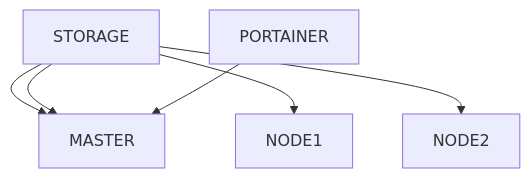
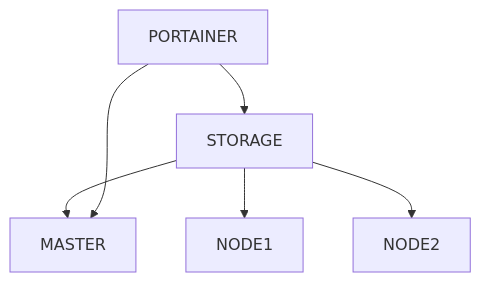
Before and after one commit to rafaeltadeu01/swarm-station: the second of 2 diagrams in README.md, drawn with Mermaid.

Commit message:
Ajuste do README

````diff
--- a/README.md
+++ b/README.md
@@ -15,8 +15,8 @@
 ```mermaid
 graph TD;
     STORAGE-->MASTER;
     STORAGE-->NODE1;
     STORAGE-->NODE2;
-    STORAGE-->MASTER;
+    PORTAINER-->STORAGE;
     PORTAINER-->MASTER;
 ```
````
